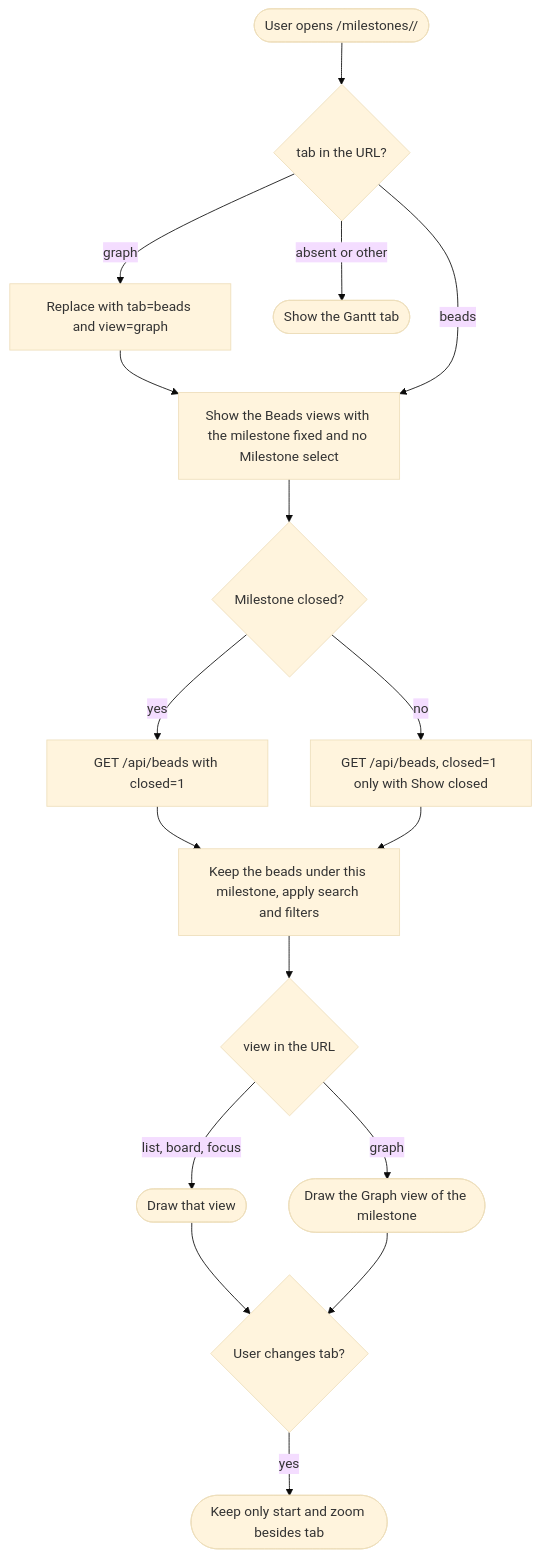
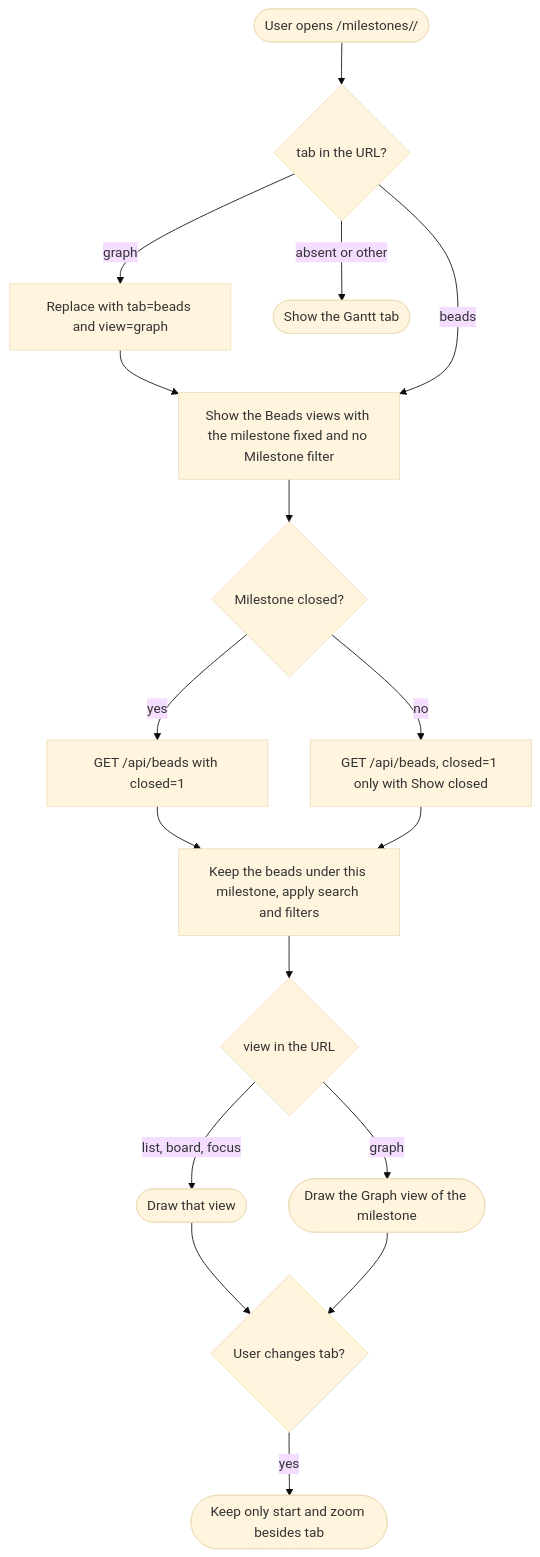
One commit to giangdhwhtbr/gin-console changed the diagram in docs/specs/milestone-ui/diagrams/milestone-beads-tab-activity.md. Above: the diagram before and after it, drawn with Mermaid (base theme). The commit also changed 16 other files, not shown here.

First line of the commit message:
docs(specs): Beads views interaction, spec and plan (gin-console-rm-beads-views)

````diff
--- a/docs/specs/milestone-ui/diagrams/milestone-beads-tab-activity.md
+++ b/docs/specs/milestone-ui/diagrams/milestone-beads-tab-activity.md
@@ -5,19 +5,19 @@
 ```mermaid
 flowchart TD
   open([User opens /milestones/<project>/<id>]) --> tab{tab in the URL?}
   tab -- graph --> redirect[Replace with tab=beads and view=graph]
   redirect --> beads
-  tab -- beads --> beads[Show the Beads views with the milestone fixed and no Milestone select]
+  tab -- beads --> beads[Show the Beads views with the milestone fixed and no Milestone filter]
   tab -- absent or other --> gantt([Show the Gantt tab])
   beads --> closed{Milestone closed?}
   closed -- yes --> fetchc[GET /api/beads with closed=1]
   closed -- no --> fetch[GET /api/beads, closed=1 only with Show closed]
   fetchc --> view
   fetch --> view[Keep the beads under this milestone, apply search and filters]
   view --> which{view in the URL}
   which -- list, board, focus --> lists([Draw that view])
   which -- graph --> graphv([Draw the Graph view of the milestone])
   lists --> change{User changes tab?}
   graphv --> change
   change -- yes --> keep([Keep only start and zoom besides tab])
 ```
````
